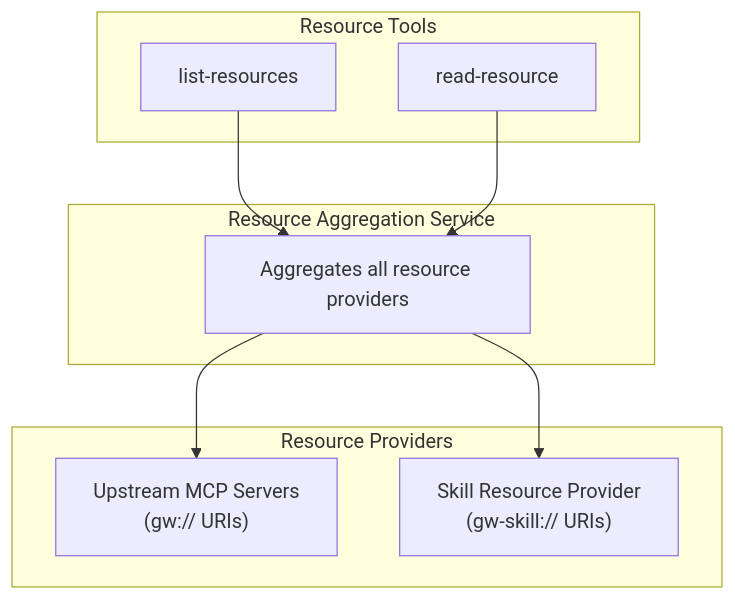
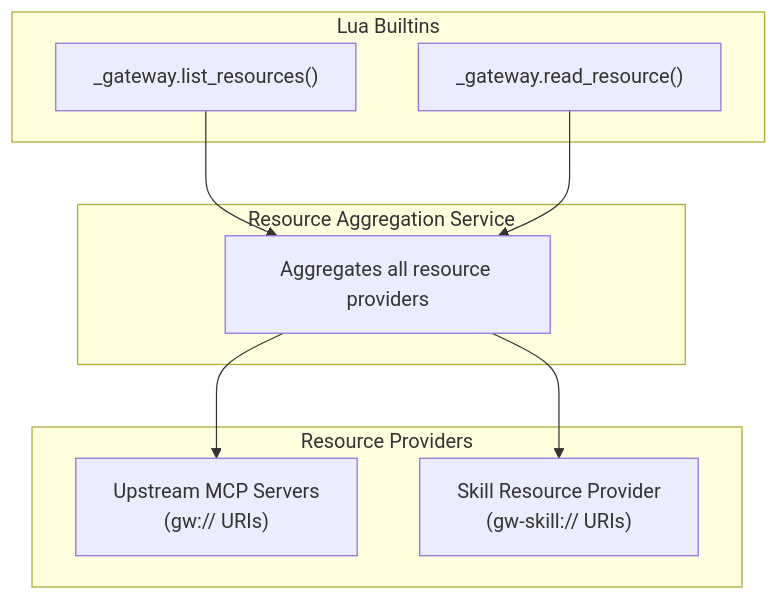
The fifth of 5 diagrams in docs/design/skills.md (karashiiro/my-cool-proxy), drawn with Mermaid before and after one commit. The commit also changed other lines of this file and 33 other files, not shown here.

First line of the commit message:
refactor: move gateway tools into Lua interpreter as _gateway builtins

````diff
--- a/docs/design/skills.md
+++ b/docs/design/skills.md
@@ -267,21 +279,21 @@
 ```mermaid
 flowchart TB
-    subgraph Tools["Resource Tools"]
-        ListRes["list-resources"]
-        ReadRes["read-resource"]
+    subgraph Builtins["Lua Builtins"]
+        ListRes["_gateway.list_resources()"]
+        ReadRes["_gateway.read_resource()"]
     end
 
     subgraph Aggregation["Resource Aggregation Service"]
         Agg["Aggregates all resource providers"]
     end
 
     subgraph Providers["Resource Providers"]
         Upstream["Upstream MCP Servers<br/>(gw:// URIs)"]
         Skills["Skill Resource Provider<br/>(gw-skill:// URIs)"]
     end
 
     ListRes --> Agg
     ReadRes --> Agg
     Agg --> Upstream
     Agg --> Skills
 ```
````
